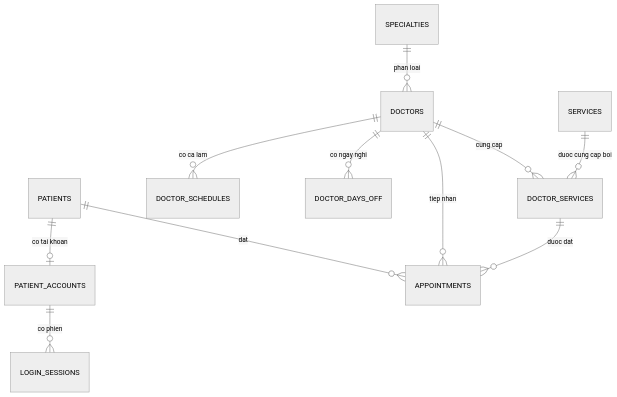
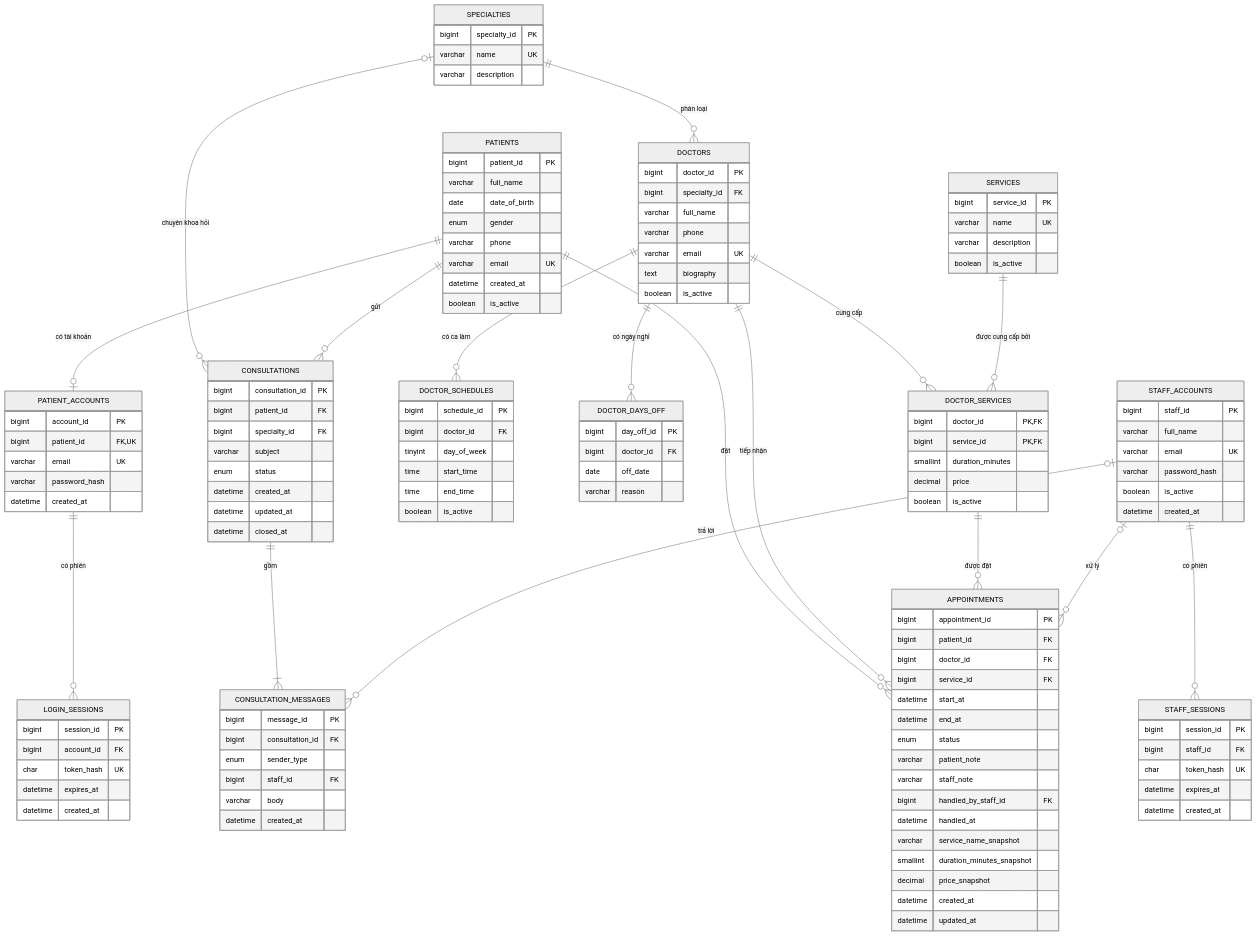
One commit to quanlee1352005/clinic_appointment changed the diagram in docs/requirements-design.md. Above: the diagram before and after it, drawn with Mermaid (neutral theme). The commit also changed other lines of this file and 15 other files, not shown here.

````diff
--- a/docs/requirements-design.md
+++ b/docs/requirements-design.md
@@ -24,13 +44,136 @@
 ```mermaid
 erDiagram
-    SPECIALTIES ||--o{ DOCTORS : "phan loai"
-    DOCTORS ||--o{ DOCTOR_SERVICES : "cung cap"
-    SERVICES ||--o{ DOCTOR_SERVICES : "duoc cung cap boi"
-    DOCTORS ||--o{ DOCTOR_SCHEDULES : "co ca lam"
-    DOCTORS ||--o{ DOCTOR_DAYS_OFF : "co ngay nghi"
-    PATIENTS ||--o| PATIENT_ACCOUNTS : "co tai khoan"
-    PATIENT_ACCOUNTS ||--o{ LOGIN_SESSIONS : "co phien"
-    PATIENTS ||--o{ APPOINTMENTS : "dat"
-    DOCTORS ||--o{ APPOINTMENTS : "tiep nhan"
-    DOCTOR_SERVICES ||--o{ APPOINTMENTS : "duoc dat"
+    SPECIALTIES ||--o{ DOCTORS : "phân loại"
+    SPECIALTIES |o--o{ CONSULTATIONS : "chuyên khoa hỏi"
+    DOCTORS ||--o{ DOCTOR_SERVICES : "cung cấp"
+    SERVICES ||--o{ DOCTOR_SERVICES : "được cung cấp bởi"
+    DOCTORS ||--o{ DOCTOR_SCHEDULES : "có ca làm"
+    DOCTORS ||--o{ DOCTOR_DAYS_OFF : "có ngày nghỉ"
+    PATIENTS ||--o| PATIENT_ACCOUNTS : "có tài khoản"
+    PATIENT_ACCOUNTS ||--o{ LOGIN_SESSIONS : "có phiên"
+    PATIENTS ||--o{ APPOINTMENTS : "đặt"
+    DOCTORS ||--o{ APPOINTMENTS : "tiếp nhận"
+    DOCTOR_SERVICES ||--o{ APPOINTMENTS : "được đặt"
+    STAFF_ACCOUNTS |o--o{ APPOINTMENTS : "xử lý"
+    STAFF_ACCOUNTS ||--o{ STAFF_SESSIONS : "có phiên"
+    PATIENTS ||--o{ CONSULTATIONS : "gửi"
+    CONSULTATIONS ||--|{ CONSULTATION_MESSAGES : "gồm"
+    STAFF_ACCOUNTS |o--o{ CONSULTATION_MESSAGES : "trả lời"
+
+    SPECIALTIES {
+        bigint specialty_id PK
+        varchar name UK
+        varchar description
+    }
+    DOCTORS {
+        bigint doctor_id PK
+        bigint specialty_id FK
+        varchar full_name
+        varchar phone
+        varchar email UK
+        text biography
+        boolean is_active
+    }
+    SERVICES {
+        bigint service_id PK
+        varchar name UK
+        varchar description
+        boolean is_active
+    }
+    DOCTOR_SERVICES {
+        bigint doctor_id PK, FK
+        bigint service_id PK, FK
+        smallint duration_minutes
+        decimal price
+        boolean is_active
+    }
+    DOCTOR_SCHEDULES {
+        bigint schedule_id PK
+        bigint doctor_id FK
+        tinyint day_of_week
+        time start_time
+        time end_time
+        boolean is_active
+    }
+    DOCTOR_DAYS_OFF {
+        bigint day_off_id PK
+        bigint doctor_id FK
+        date off_date
+        varchar reason
+    }
+    PATIENTS {
+        bigint patient_id PK
+        varchar full_name
+        date date_of_birth
+        enum gender
+        varchar phone
+        varchar email UK
+        datetime created_at
+        boolean is_active
+    }
+    PATIENT_ACCOUNTS {
+        bigint account_id PK
+        bigint patient_id FK, UK
+        varchar email UK
+        varchar password_hash
+        datetime created_at
+    }
+    LOGIN_SESSIONS {
+        bigint session_id PK
+        bigint account_id FK
+        char token_hash UK
+        datetime expires_at
+        datetime created_at
+    }
+    STAFF_ACCOUNTS {
+        bigint staff_id PK
+        varchar full_name
+        varchar email UK
+        varchar password_hash
+        boolean is_active
+        datetime created_at
+    }
+    STAFF_SESSIONS {
+        bigint session_id PK
+        bigint staff_id FK
+        char token_hash UK
+        datetime expires_at
+        datetime created_at
+    }
+    APPOINTMENTS {
+        bigint appointment_id PK
+        bigint patient_id FK
+        bigint doctor_id FK
+        bigint service_id FK
+        datetime start_at
+        datetime end_at
+        enum status
+        varchar patient_note
+        varchar staff_note
+        bigint handled_by_staff_id FK
+        datetime handled_at
+        varchar service_name_snapshot
+        smallint duration_minutes_snapshot
+        decimal price_snapshot
+        datetime created_at
+        datetime updated_at
+    }
+    CONSULTATIONS {
+        bigint consultation_id PK
+        bigint patient_id FK
+        bigint specialty_id FK
+        varchar subject
+        enum status
+        datetime created_at
+        datetime updated_at
+        datetime closed_at
+    }
+    CONSULTATION_MESSAGES {
+        bigint message_id PK
+        bigint consultation_id FK
+        enum sender_type
+        bigint staff_id FK
+        varchar body
+        datetime created_at
+    }
 ```
````
